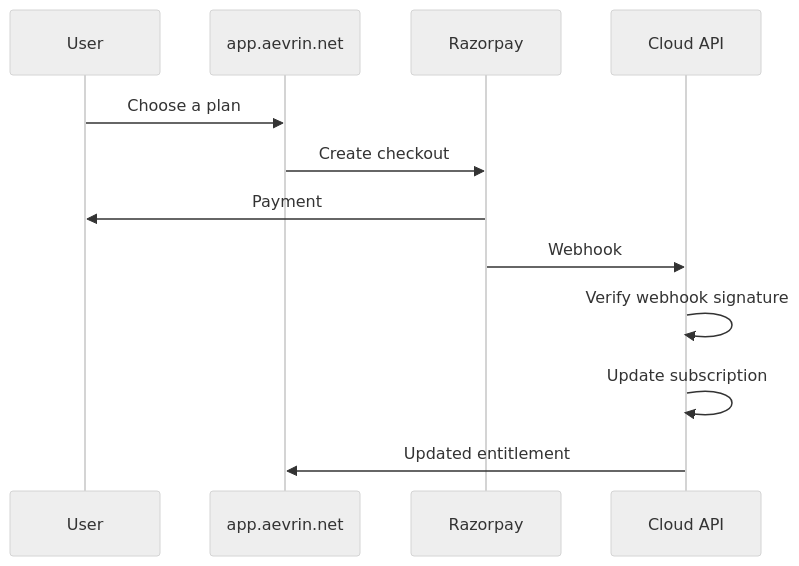
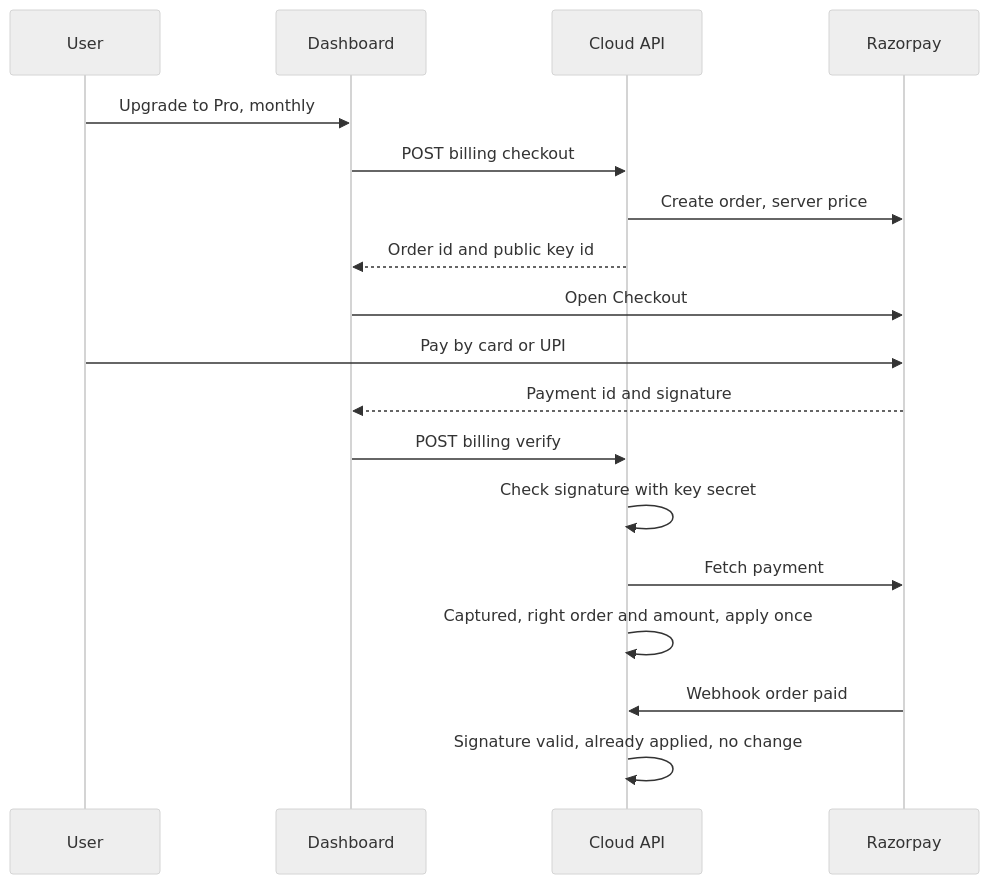
One commit to Aevrin-ai/modelWrecker changed the first of 2 diagrams in docs/billing/razorpay.md. Above: the diagram before and after it, drawn with Mermaid (neutral theme). The commit also changed other lines of this file and 68 other files, not shown here.

````diff
--- a/docs/billing/razorpay.md
+++ b/docs/billing/razorpay.md
@@ -28,14 +27,20 @@
 ```mermaid
 sequenceDiagram
   participant U as User
-  participant A as app.aevrin.net
+  participant D as Dashboard
+  participant API as Cloud API
   participant R as Razorpay
-  participant API as Cloud API
-  U->>A: Choose a plan
-  A->>R: Create checkout
-  R->>U: Payment
-  R->>API: Webhook
-  API->>API: Verify webhook signature
-  API->>API: Update subscription
-  API->>A: Updated entitlement
+  U->>D: Upgrade to Pro, monthly
+  D->>API: POST billing checkout
+  API->>R: Create order, server price
+  API-->>D: Order id and public key id
+  D->>R: Open Checkout
+  U->>R: Pay by card or UPI
+  R-->>D: Payment id and signature
+  D->>API: POST billing verify
+  API->>API: Check signature with key secret
+  API->>R: Fetch payment
+  API->>API: Captured, right order and amount, apply once
+  R->>API: Webhook order paid
+  API->>API: Signature valid, already applied, no change
 ```
````
